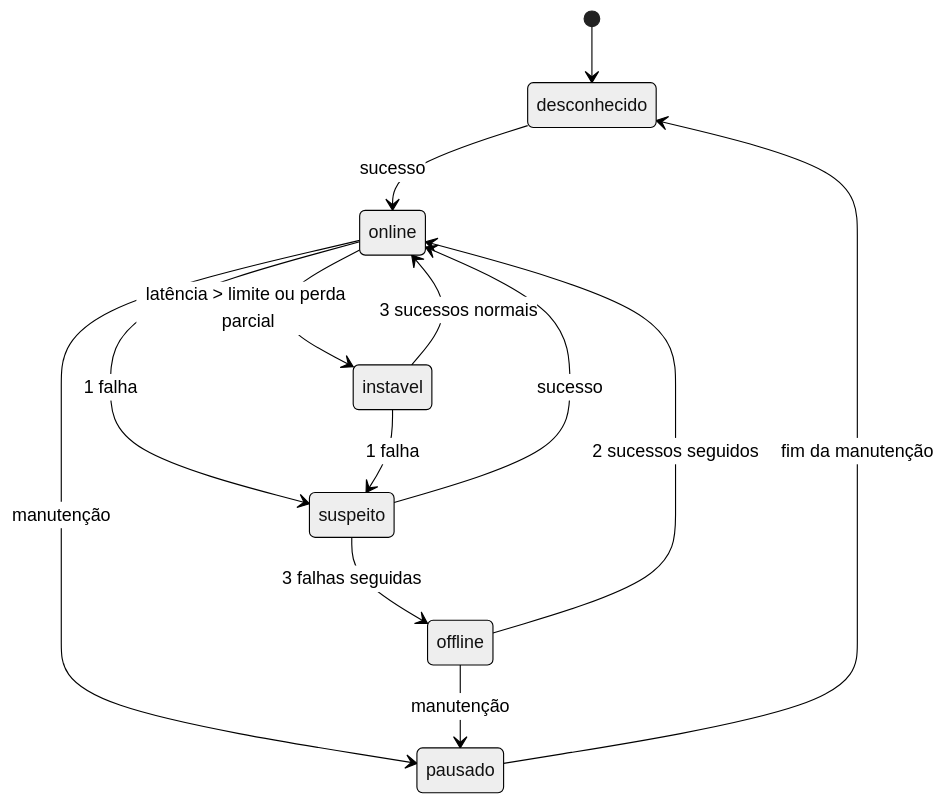
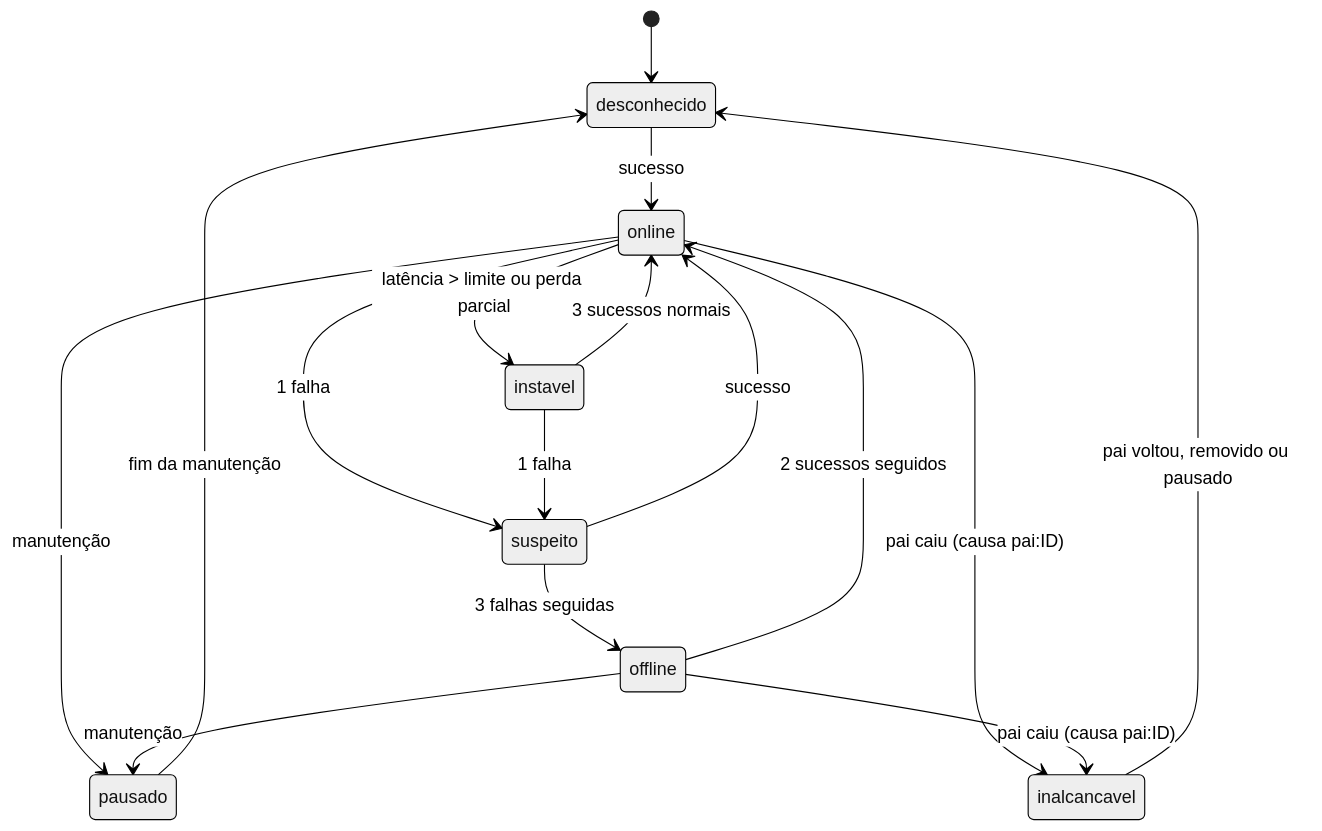
One commit to lumezencio/Sentinela changed the sixth of 7 diagrams in docs/arquitetura/ARQUITETURA.md. Above: the diagram before and after it, drawn with Mermaid (neutral theme). The commit also changed other lines of this file and 8 other files, not shown here.

````diff
--- a/docs/arquitetura/ARQUITETURA.md
+++ b/docs/arquitetura/ARQUITETURA.md
@@ -257,15 +257,18 @@
 ```mermaid
 stateDiagram-v2
     [*] --> desconhecido
     desconhecido --> online: sucesso
     online --> instavel: latência > limite ou perda parcial
     instavel --> online: 3 sucessos normais
     online --> suspeito: 1 falha
     instavel --> suspeito: 1 falha
     suspeito --> online: sucesso
     suspeito --> offline: 3 falhas seguidas
     offline --> online: 2 sucessos seguidos
     online --> pausado: manutenção
     offline --> pausado: manutenção
     pausado --> desconhecido: fim da manutenção
+    online --> inalcancavel: pai caiu (causa pai:ID)
+    offline --> inalcancavel: pai caiu (causa pai:ID)
+    inalcancavel --> desconhecido: pai voltou, removido ou pausado
 ```
````
